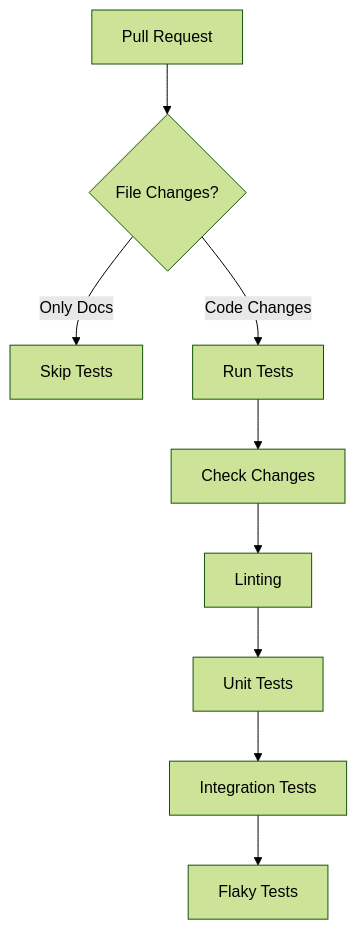
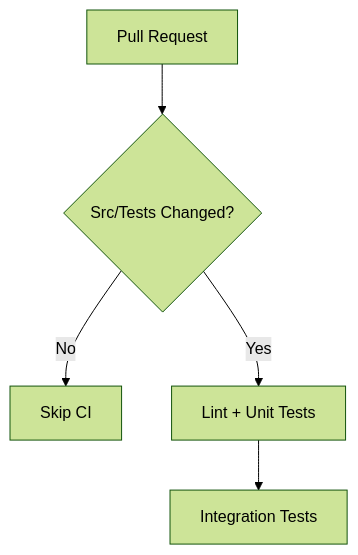
One commit to mikechavez/crypto-news-aggregator changed the diagram in RAILWAY_DEPLOYMENT_CHECKLIST.md. Above: the diagram before and after it, drawn with Mermaid (forest theme). The commit also changed other lines of this file and 3 other files, not shown here.

````diff
--- a/RAILWAY_DEPLOYMENT_CHECKLIST.md
+++ b/RAILWAY_DEPLOYMENT_CHECKLIST.md
@@ -38,11 +43,7 @@
 ```mermaid
 graph TD
-    A[Pull Request] --> B{File Changes?}
-    B -->|Only Docs| C[Skip Tests]
-    B -->|Code Changes| D[Run Tests]
-    D --> E[Check Changes]
-    E --> F[Linting]
-    F --> G[Unit Tests]
-    G --> H[Integration Tests]
-    H --> I[Flaky Tests]
+    A[Pull Request] --> B{Src/Tests Changed?}
+    B -->|No| C[Skip CI]
+    B -->|Yes| D[Lint + Unit Tests]
+    D --> E[Integration Tests]
 ```
````
